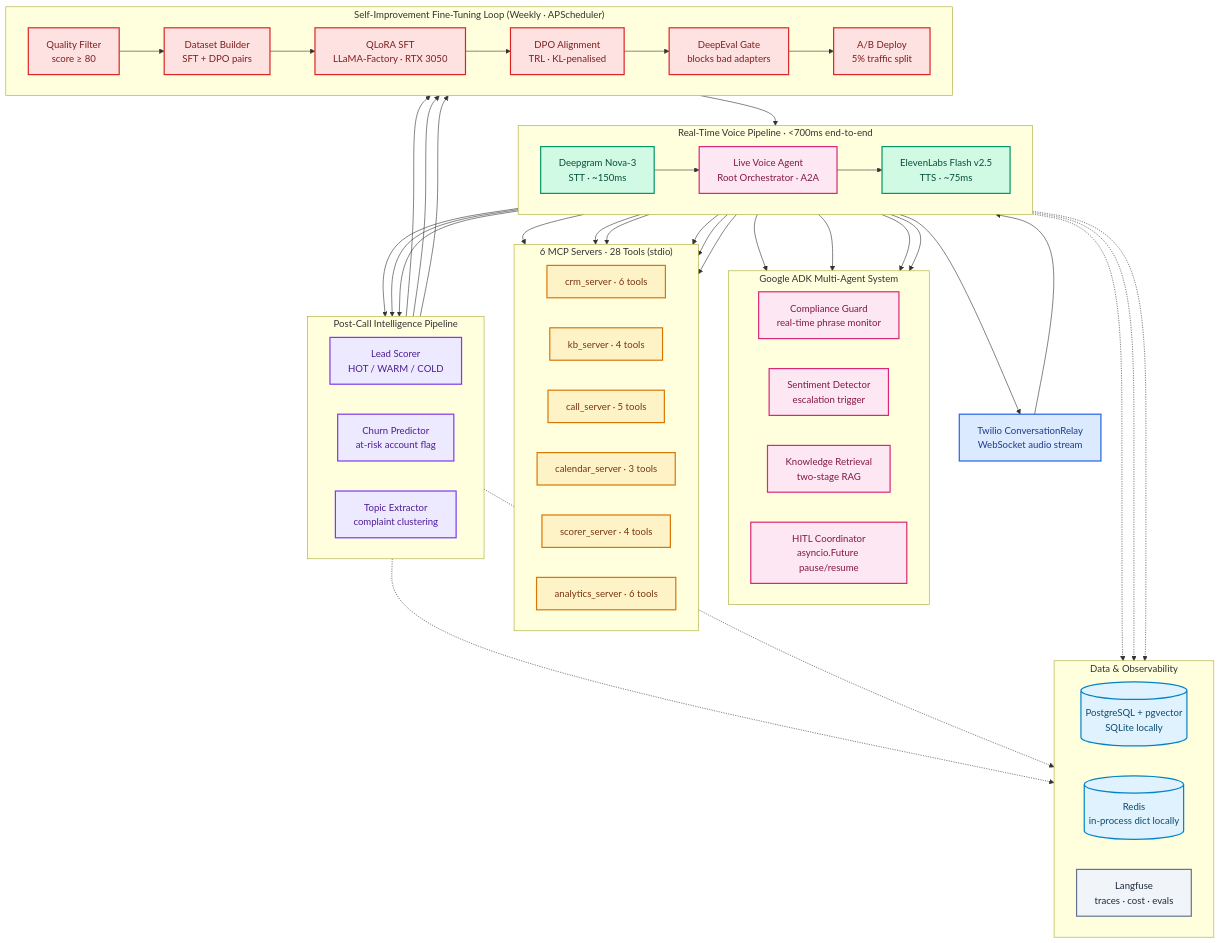
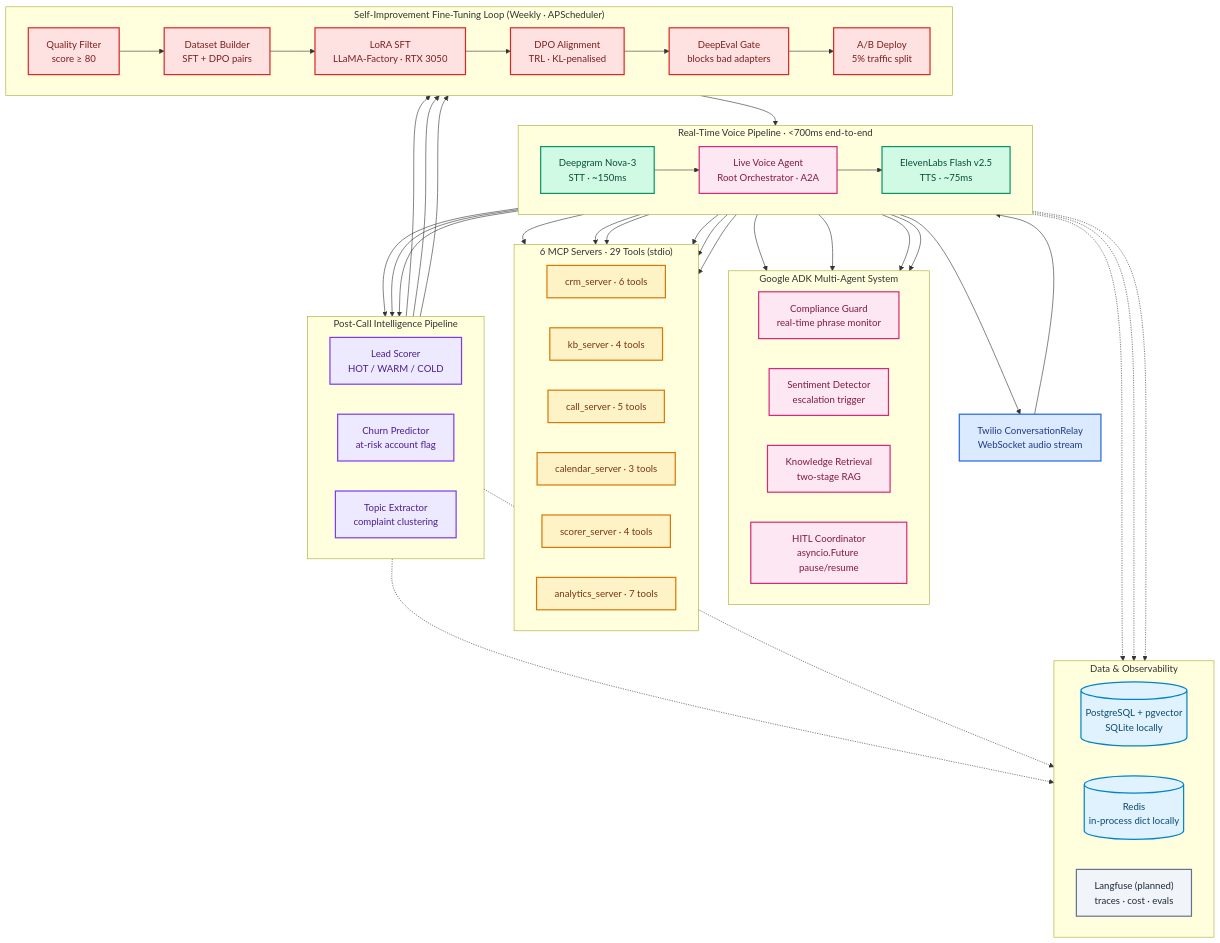
One commit to AmanDataGuy/CallOS changed the diagram in README.md. Above: the diagram before and after it, drawn with Mermaid. The commit also changed other lines of this file, not shown here.

````diff
--- a/README.md
+++ b/README.md
@@ -36,71 +36,71 @@
 ```mermaid
 flowchart TD
     classDef telephony fill:#dbeafe,stroke:#2563eb,stroke-width:2px,color:#1e3a8a
     classDef voice fill:#d1fae5,stroke:#059669,stroke-width:2px,color:#064e3b
     classDef agent fill:#fce7f3,stroke:#db2777,stroke-width:2px,color:#831843
     classDef mcp fill:#fef3c7,stroke:#d97706,stroke-width:2px,color:#78350f
     classDef pipeline fill:#ede9fe,stroke:#7c3aed,stroke-width:2px,color:#4c1d95
     classDef finetune fill:#fee2e2,stroke:#dc2626,stroke-width:2px,color:#7f1d1d
     classDef data fill:#e0f2fe,stroke:#0284c7,stroke-width:2px,color:#0c4a6e
     classDef obs fill:#f1f5f9,stroke:#64748b,stroke-width:2px,color:#1e293b
 
     Twilio["Twilio ConversationRelay<br/>WebSocket audio stream"]:::telephony
 
     subgraph VOICE ["Real-Time Voice Pipeline · &lt;700ms end-to-end"]
         direction LR
         Deepgram["Deepgram Nova-3<br/>STT · ~150ms"]:::voice
         LiveAgent["Live Voice Agent<br/>Root Orchestrator · A2A"]:::agent
         ElevenLabs["ElevenLabs Flash v2.5<br/>TTS · ~75ms"]:::voice
     end
 
     subgraph AGENTS ["Google ADK Multi-Agent System"]
         direction LR
         Compliance["Compliance Guard<br/>real-time phrase monitor"]:::agent
         Sentiment["Sentiment Detector<br/>escalation trigger"]:::agent
         KB["Knowledge Retrieval<br/>two-stage RAG"]:::agent
         HITL["HITL Coordinator<br/>asyncio.Future pause/resume"]:::agent
     end
 
-    subgraph MCP ["6 MCP Servers · 28 Tools (stdio)"]
+    subgraph MCP ["6 MCP Servers · 29 Tools (stdio)"]
         direction LR
         CRM["crm_server · 6 tools"]:::mcp
         KBS["kb_server · 4 tools"]:::mcp
         CALLS["call_server · 5 tools"]:::mcp
         CAL["calendar_server · 3 tools"]:::mcp
         SCR["scorer_server · 4 tools"]:::mcp
-        ANL["analytics_server · 6 tools"]:::mcp
+        ANL["analytics_server · 7 tools"]:::mcp
     end
 
     subgraph POSTCALL ["Post-Call Intelligence Pipeline"]
         direction LR
         LeadScorer["Lead Scorer<br/>HOT / WARM / COLD"]:::pipeline
         Churn["Churn Predictor<br/>at-risk account flag"]:::pipeline
         Topics["Topic Extractor<br/>complaint clustering"]:::pipeline
     end
 
     subgraph FINETUNE ["Self-Improvement Fine-Tuning Loop (Weekly · APScheduler)"]
         direction LR
         Filter["Quality Filter<br/>score ≥ 80"]:::finetune
         Dataset["Dataset Builder<br/>SFT + DPO pairs"]:::finetune
-        QLoRA["QLoRA SFT<br/>LLaMA-Factory · RTX 3050"]:::finetune
+        QLoRA["LoRA SFT<br/>LLaMA-Factory · RTX 3050"]:::finetune
         DPO["DPO Alignment<br/>TRL · KL-penalised"]:::finetune
         EvalGate["DeepEval Gate<br/>blocks bad adapters"]:::finetune
         ABDeploy["A/B Deploy<br/>5% traffic split"]:::finetune
     end
 
     subgraph DATA ["Data & Observability"]
         direction LR
         DB[("PostgreSQL + pgvector<br/>SQLite locally")]:::data
         Cache[("Redis<br/>in-process dict locally")]:::data
-        Langfuse["Langfuse<br/>traces · cost · evals"]:::obs
+        Langfuse["Langfuse (planned)<br/>traces · cost · evals"]:::obs
     end
 
     Twilio --> Deepgram --> LiveAgent --> ElevenLabs --> Twilio
     LiveAgent --> Compliance & Sentiment & KB & HITL
     LiveAgent --> CRM & KBS & CALLS & CAL & SCR & ANL
     LiveAgent --> LeadScorer & Churn & Topics
     LeadScorer & Churn & Topics --> Filter
     Filter --> Dataset --> QLoRA --> DPO --> EvalGate --> ABDeploy --> LiveAgent
     LiveAgent & POSTCALL -.-> DB & Cache
     LiveAgent -.-> Langfuse
 ```
````
